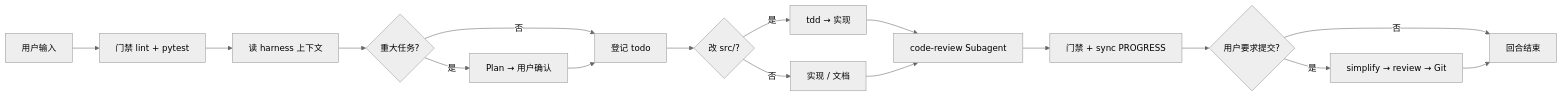
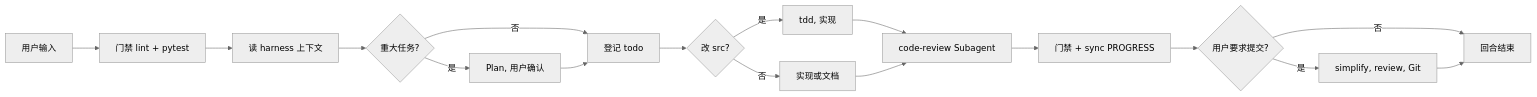
Before and after one commit to HYX-LHJ/mini-harness: the second of 2 diagrams in README.md, drawn with Mermaid (neutral theme). The commit also changed other lines of this file and 1 other file, not shown here.

Commit message:
fix: mermaid diagrams for GitHub rendering
Quote node labels and replace -> and / in text that broke GitHub Mermaid parser.

````diff
--- a/README.md
+++ b/README.md
@@ -187,19 +187,19 @@
 ```mermaid
 flowchart LR
-    A[用户输入] --> B[门禁 lint + pytest]
-    B --> C[读 harness 上下文]
-    C --> D{重大任务?}
-    D -->|是| E[Plan → 用户确认]
-    D -->|否| F[登记 todo]
+    A["用户输入"] --> B["门禁 lint + pytest"]
+    B --> C["读 harness 上下文"]
+    C --> D{"重大任务?"}
+    D -->|是| E["Plan, 用户确认"]
+    D -->|否| F["登记 todo"]
     E --> F
-    F --> G{改 src/?}
-    G -->|是| H[tdd → 实现]
-    G -->|否| I[实现 / 文档]
-    H --> J[code-review Subagent]
+    F --> G{"改 src?"}
+    G -->|是| H["tdd, 实现"]
+    G -->|否| I["实现或文档"]
+    H --> J["code-review Subagent"]
     I --> J
-    J --> K[门禁 + sync PROGRESS]
-    K --> L{用户要求提交?}
-    L -->|是| M[simplify → review → Git]
-    L -->|否| N[回合结束]
+    J --> K["门禁 + sync PROGRESS"]
+    K --> L{"用户要求提交?"}
+    L -->|是| M["simplify, review, Git"]
+    L -->|否| N["回合结束"]
     M --> N
 ```
````
